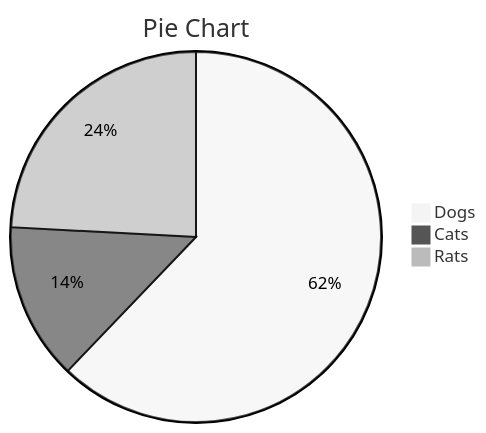
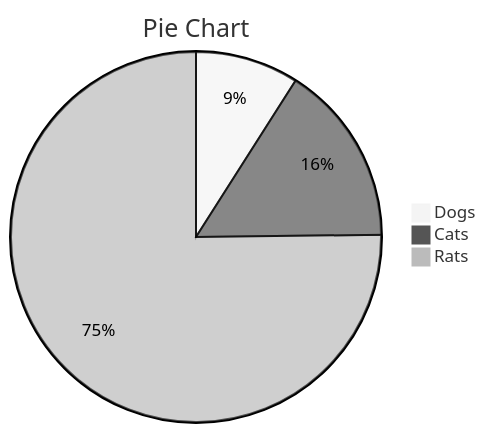
Before and after one commit to CVNIWORE/typora-idea-night-theme: the diagram in demo.md, drawn with Mermaid (neutral theme). The commit also changed other lines of this file and 16 other files, not shown here.

````diff
--- a/demo.md
+++ b/demo.md
@@ -125,7 +485,8 @@
 ```mermaid
 pie
     title Pie Chart
-    "Dogs" : 386
-    "Cats" : 85
-    "Rats" : 150 
+    "Dogs" : 1200
+    "Cats" : 2100
+    "Rats" : 10000
+    
 ```
````
